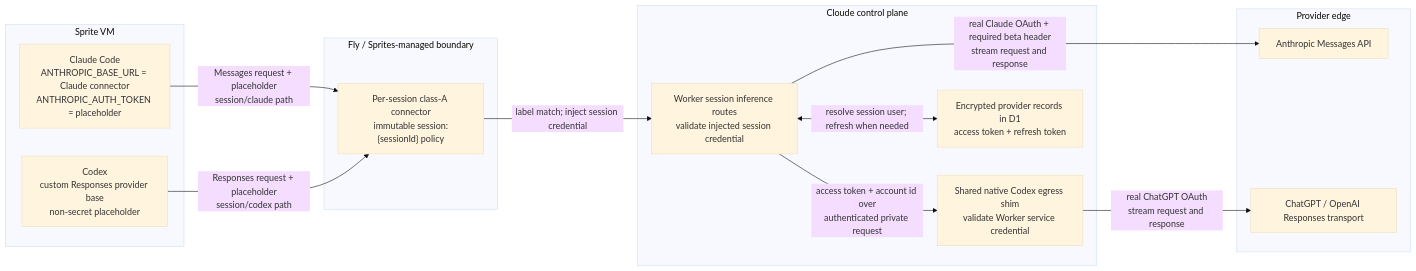
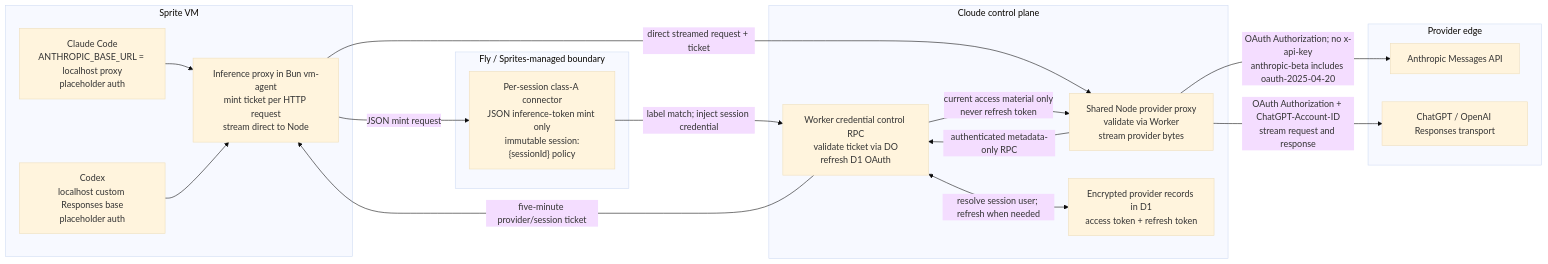
Before and after one commit to benedelstein/My-Machines: the fifth of 6 diagrams in openspec/changes/automate-sprites-custom-connectors/design.md, drawn with Mermaid (base theme). The commit also changed other lines of this file and 7 other files, not shown here.

````diff
--- a/openspec/changes/automate-sprites-custom-connectors/design.md
+++ b/openspec/changes/automate-sprites-custom-connectors/design.md
@@ -659,30 +671,35 @@
 ```mermaid
 flowchart LR
   subgraph sprite["Sprite VM"]
-    claude["Claude Code<br/>ANTHROPIC_BASE_URL = Claude connector<br/>ANTHROPIC_AUTH_TOKEN = placeholder"]
-    codex["Codex<br/>custom Responses provider base<br/>non-secret placeholder"]
+    claude["Claude Code<br/>ANTHROPIC_BASE_URL = localhost proxy<br/>placeholder auth"]
+    codex["Codex<br/>localhost custom Responses base<br/>placeholder auth"]
+    localInferenceProxy["Inference proxy in Bun vm-agent<br/>mint ticket per HTTP request<br/>stream direct to Node"]
   end
 
   subgraph managed["Fly / Sprites-managed boundary"]
-    sessionConnector["Per-session class-A connector<br/>immutable session:{sessionId} policy"]
+    sessionConnector["Per-session class-A connector<br/>JSON inference-token mint only<br/>immutable session:{sessionId} policy"]
   end
 
   subgraph cloude["Cloude control plane"]
-    worker["Worker session inference routes<br/>validate injected session credential"]
-    codexRoute["Shared native Codex egress shim<br/>validate Worker service credential"]
+    worker["Worker credential control RPC<br/>validate ticket via DO<br/>refresh D1 OAuth"]
+    node["Shared Node provider proxy<br/>validate via Worker<br/>stream provider bytes"]
     credentials["Encrypted provider records in D1<br/>access token + refresh token"]
   end
 
   subgraph providers["Provider edge"]
     anthropic["Anthropic Messages API"]
     openai["ChatGPT / OpenAI Responses transport"]
   end
 
-  claude -->|"Messages request + placeholder<br/>session/claude path"| sessionConnector
-  codex -->|"Responses request + placeholder<br/>session/codex path"| sessionConnector
+  claude --> localInferenceProxy
+  codex --> localInferenceProxy
+  localInferenceProxy -->|"JSON mint request"| sessionConnector
   sessionConnector -->|"label match; inject session credential"| worker
+  worker -->|"five-minute provider/session ticket"| localInferenceProxy
+  localInferenceProxy -->|"direct streamed request + ticket"| node
+  node -->|"authenticated metadata-only RPC"| worker
   worker <-->|"resolve session user; refresh when needed"| credentials
-  worker -->|"real Claude OAuth + required beta header<br/>stream request and response"| anthropic
-  worker -->|"access token + account id over<br/>authenticated private request"| codexRoute
-  codexRoute -->|"real ChatGPT OAuth<br/>stream request and response"| openai
+  worker -->|"current access material only<br/>never refresh token"| node
+  node -->|"OAuth Authorization; no x-api-key<br/>anthropic-beta includes oauth-2025-04-20"| anthropic
+  node -->|"OAuth Authorization + ChatGPT-Account-ID<br/>stream request and response"| openai
 ```
````
